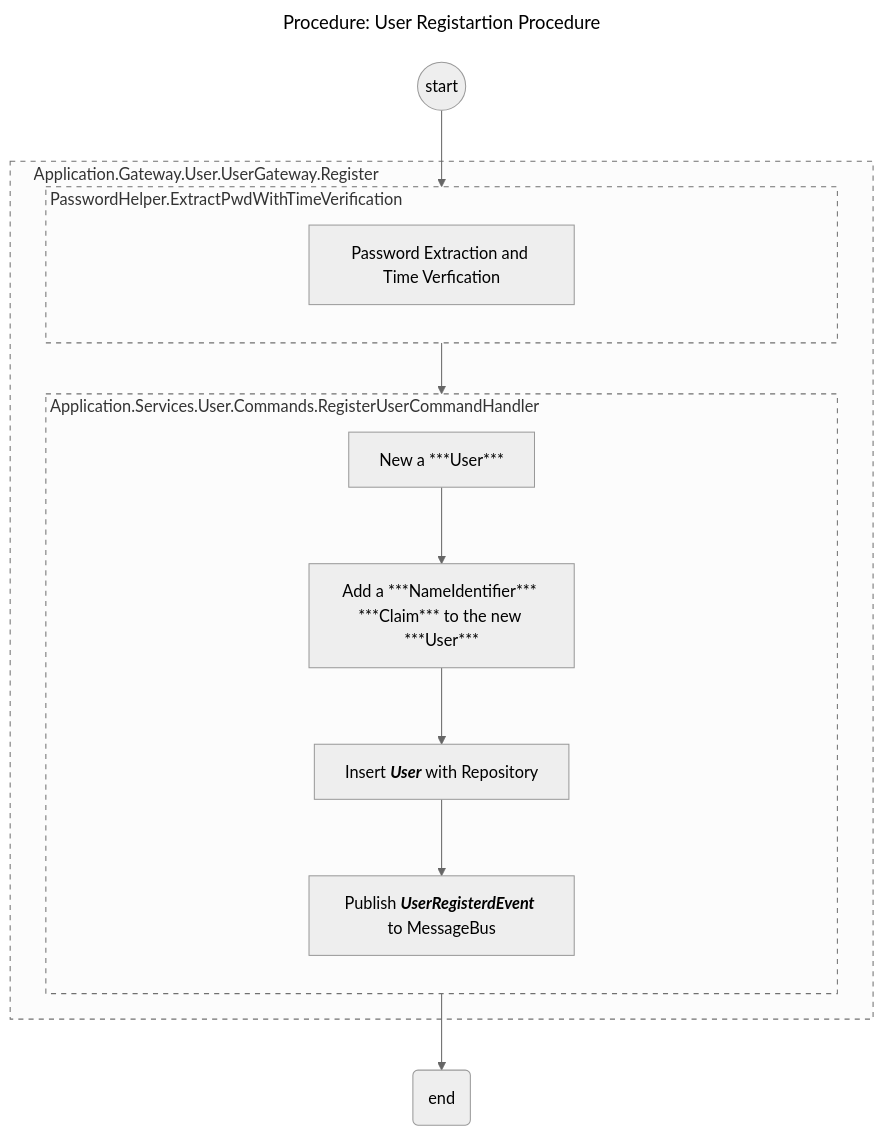
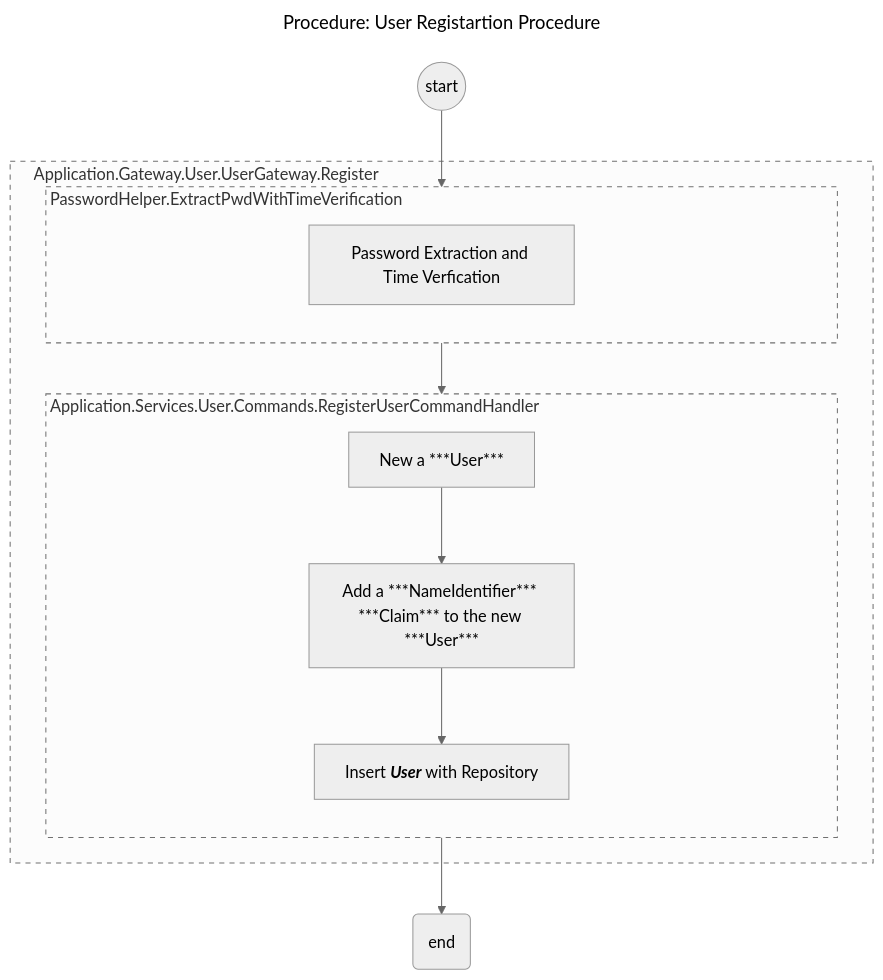
One commit to sdlfly2000/AuthenticationServer changed the first of 2 diagrams in UML/Application/Application.Gateway.User.UserGateway.md. Above: the diagram before and after it, drawn with Mermaid (neutral theme). The commit also changed 1 other file, not shown here.

Commit message:
#34 Update UML

````diff
--- a/UML/Application/Application.Gateway.User.UserGateway.md
+++ b/UML/Application/Application.Gateway.User.UserGateway.md
@@ -3,36 +3,35 @@
 ```mermaid
 ---
 title: "Procedure: User Registartion Procedure"
 ---
 
 flowchart TB
     start_overall((start))
 
     subgraph user_register[<div style='display:flex; justify-content:flex-start; align-items:flex-start;width:50em'>Application.Gateway.User.UserGateway.Register</div>]
 
         subgraph password_extraction_verification[<div style='display:flex; justify-content:flex-start; align-items:flex-start;width:48em'>PasswordHelper.ExtractPwdWithTimeVerification</div>]
             direction TB
             PwdExtraction[Password Extraction and Time Verfication]
         end
 
         subgraph insert_user_database[<div style='display:flex; justify-content:flex-start; align-items:flex-start;width:48em'>Application.Services.User.Commands.RegisterUserCommandHandler</div>]
             direction TB
             NewUser["New a ***User***"] -->
             AddNameIdentifier["Add a ***NameIdentifier*** ***Claim*** to the new ***User***"] -->
             InsertUser["`Insert ***User*** with Repository`"]
-            PublishUserMessage["`Publish ***UserRegisterdEvent*** to MessageBus`"]
         end
     end
 
     end_overall(end)
 
     %%{relationship}%%
     start_overall --> PwdExtraction --> NewUser
-    InsertUser --> PublishUserMessage -->
+    InsertUser --> 
     end_overall
 
     %% Custom Styles
     style user_register stroke-dasharray: 5 5;
     style password_extraction_verification stroke-dasharray: 5 5;
     style insert_user_database stroke-dasharray: 5 5;        
 ```
````
